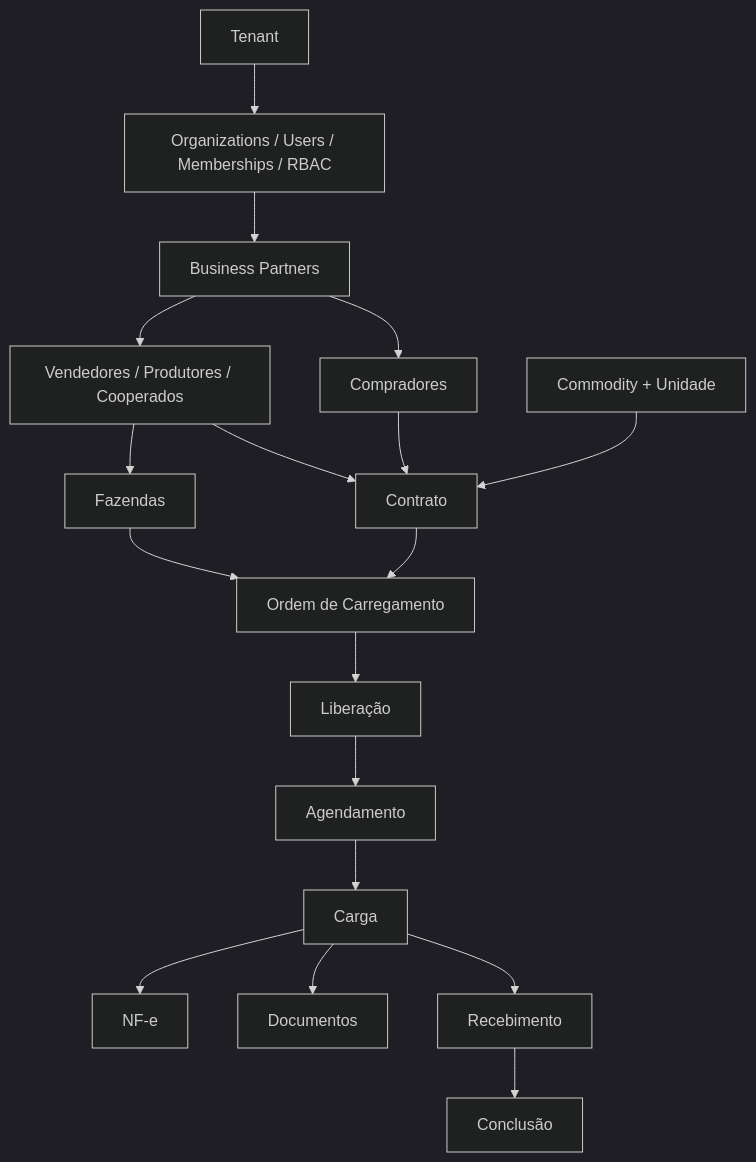
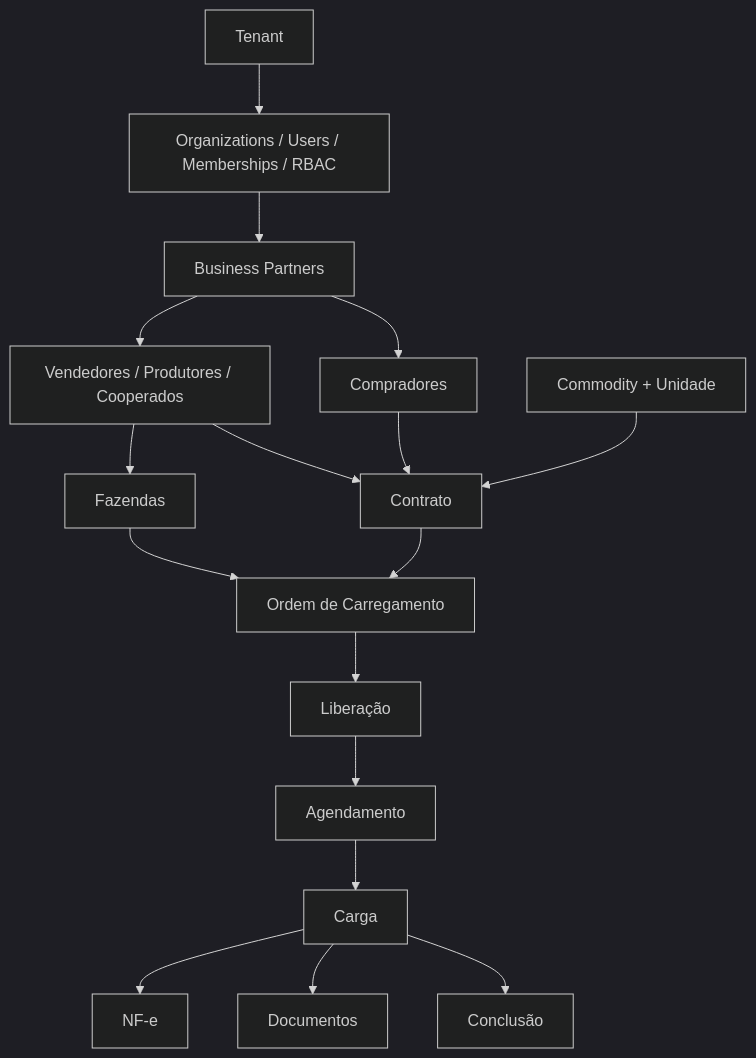
One commit to antoniocavali/Ordens_2.0 changed the diagram in docs/modules.md. Above: the diagram before and after it, drawn with Mermaid (dark theme). The commit also changed 24 other files, not shown here.

````diff
--- a/docs/modules.md
+++ b/docs/modules.md
@@ -5,20 +5,19 @@
 ```mermaid
 flowchart TD
   T[Tenant] --> O[Organizations / Users / Memberships / RBAC]
   O --> BP[Business Partners]
   BP --> V[Vendedores / Produtores / Cooperados]
   V --> F[Fazendas]
   BP --> CB[Compradores]
   CM[Commodity + Unidade] --> CT[Contrato]
   V --> CT
   CB --> CT
   CT --> OC[Ordem de Carregamento]
   F --> OC
   OC --> LB[Liberação]
   LB --> AG[Agendamento]
   AG --> CG[Carga]
   CG --> NF[NF-e]
   CG --> DOC[Documentos]
-  CG --> RC[Recebimento]
-  RC --> CO[Conclusão]
+  CG --> CO[Conclusão]
 ```
````
